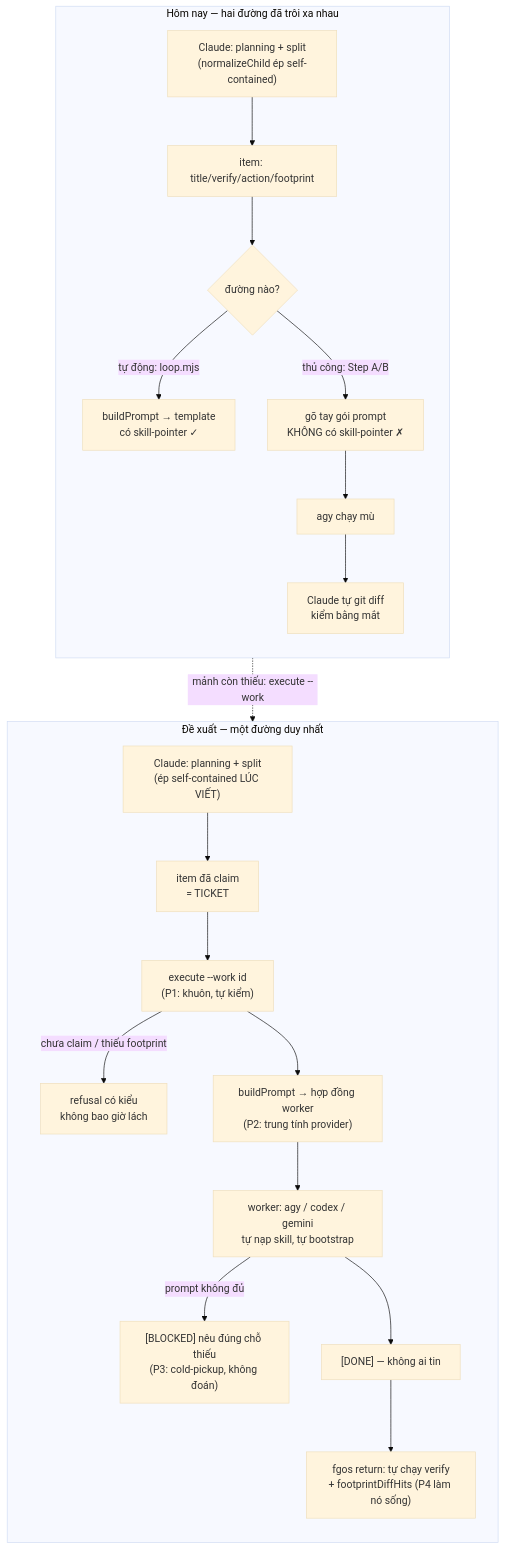
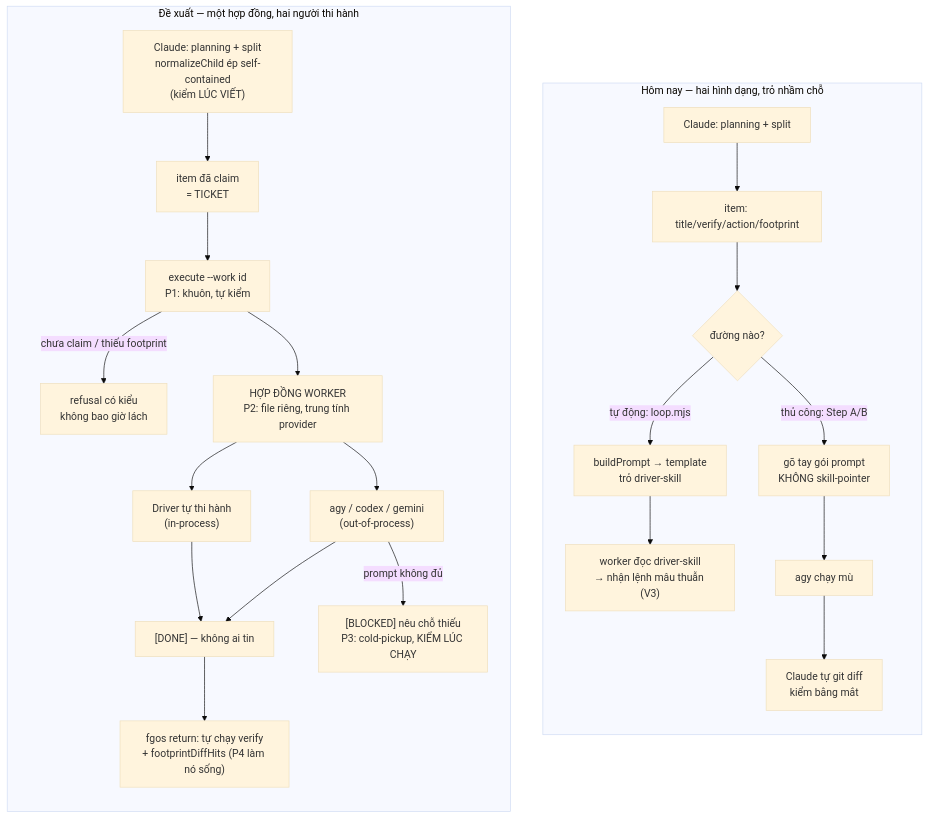
The diagram in docs/history/dispatch-activation-and-handoff-redesign/DISCUSSION.md (vantt/forgent), drawn with Mermaid (base theme) before and after one commit. The commit also changed other lines of this file, not shown here.

First line of the commit message:
docs(tsk-2uf): shaping round 5 -- driver/worker split decided, generality answered

````diff
--- a/docs/history/dispatch-activation-and-handoff-redesign/DISCUSSION.md
+++ b/docs/history/dispatch-activation-and-handoff-redesign/DISCUSSION.md
@@ -244,26 +227,27 @@
 ```mermaid
 flowchart TB
-  subgraph HOM_NAY["Hôm nay — hai đường đã trôi xa nhau"]
+  subgraph HOM_NAY["Hôm nay — hai hình dạng, trỏ nhầm chỗ"]
     direction TB
-    A1["Claude: planning + split<br/>(normalizeChild ép self-contained)"] --> A2["item: title/verify/action/footprint"]
+    A1["Claude: planning + split"] --> A2["item: title/verify/action/footprint"]
     A2 --> A3{"đường nào?"}
-    A3 -->|"tự động: loop.mjs"| A4["buildPrompt → template<br/>có skill-pointer ✓"]
-    A3 -->|"thủ công: Step A/B"| A5["gõ tay gói prompt<br/>KHÔNG có skill-pointer ✗"]
+    A3 -->|"tự động: loop.mjs"| A4["buildPrompt → template<br/>trỏ driver-skill"]
+    A3 -->|"thủ công: Step A/B"| A5["gõ tay gói prompt<br/>KHÔNG skill-pointer"]
+    A4 --> A8["worker đọc driver-skill<br/>→ nhận lệnh mâu thuẫn (V3)"]
     A5 --> A6["agy chạy mù"]
     A6 --> A7["Claude tự git diff<br/>kiểm bằng mắt"]
   end
 
-  subgraph DE_XUAT["Đề xuất — một đường duy nhất"]
+  subgraph DE_XUAT["Đề xuất — một hợp đồng, hai người thi hành"]
     direction TB
-    B1["Claude: planning + split<br/>(ép self-contained LÚC VIẾT)"] --> B2["item đã claim<br/>= TICKET"]
-    B2 --> B3["execute --work id<br/>(P1: khuôn, tự kiểm)"]
+    B1["Claude: planning + split<br/>normalizeChild ép self-contained<br/>(kiểm LÚC VIẾT)"] --> B2["item đã claim<br/>= TICKET"]
+    B2 --> B3["execute --work id<br/>P1: khuôn, tự kiểm"]
     B3 -->|"chưa claim / thiếu footprint"| B9["refusal có kiểu<br/>không bao giờ lách"]
-    B3 --> B4["buildPrompt → hợp đồng worker<br/>(P2: trung tính provider)"]
-    B4 --> B5["worker: agy / codex / gemini<br/>tự nạp skill, tự bootstrap"]
-    B5 -->|"prompt không đủ"| B6["[BLOCKED] nêu đúng chỗ thiếu<br/>(P3: cold-pickup, không đoán)"]
-    B5 --> B7["[DONE] — không ai tin"]
+    B3 --> B4["HỢP ĐỒNG WORKER<br/>P2: file riêng, trung tính provider"]
+    B4 --> B5a["Driver tự thi hành<br/>(in-process)"]
+    B4 --> B5b["agy / codex / gemini<br/>(out-of-process)"]
+    B5a --> B7
+    B5b -->|"prompt không đủ"| B6["[BLOCKED] nêu chỗ thiếu<br/>P3: cold-pickup, KIỂM LÚC CHẠY"]
+    B5b --> B7["[DONE] — không ai tin"]
     B7 --> B8["fgos return: tự chạy verify<br/>+ footprintDiffHits (P4 làm nó sống)"]
   end
-
-  HOM_NAY -.->|"mảnh còn thiếu: execute --work"| DE_XUAT
 ```
````
